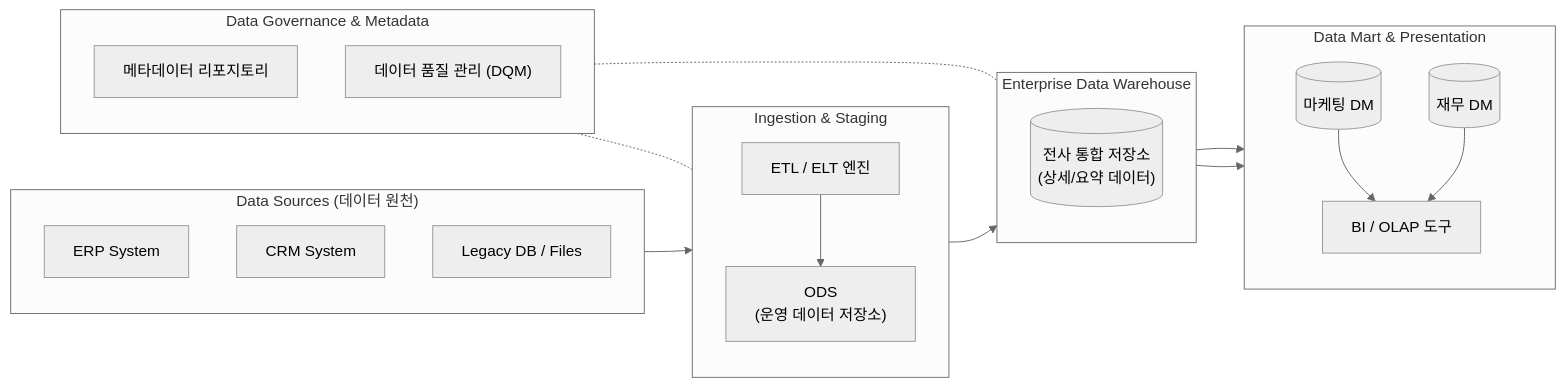
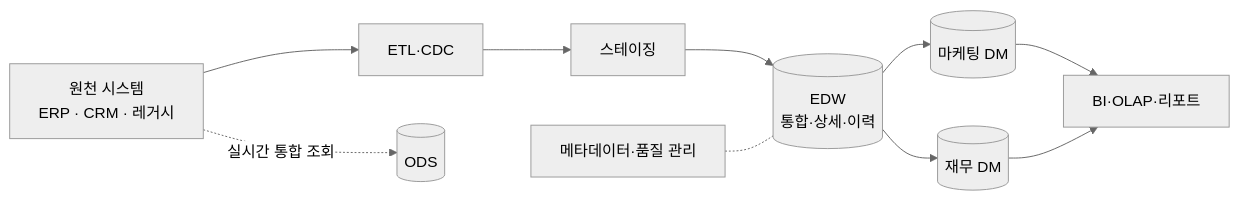
Before and after one commit to supremethumb/supremethumb.github.io: the diagram in content/01_IT Tech/EDW.md, drawn with Mermaid (neutral theme). The commit also changed other lines of this file and 1087 other files, not shown here.

````diff
--- a/content/01_IT Tech/EDW.md
+++ b/content/01_IT Tech/EDW.md
@@ -32,43 +36,11 @@
 ```mermaid
 flowchart LR
-    subgraph Source["Data Sources (데이터 원천)"]
-        direction TB
-        ERP["ERP System"]
-        CRM["CRM System"]
-        Legacy["Legacy DB / Files"]
-    end
-    
-    subgraph Staging["Ingestion & Staging"]
-        direction TB
-        ETL["ETL / ELT 엔진"]
-        ODS["ODS<br/>(운영 데이터 저장소)"]
-        ETL --> ODS
-    end
-    
-    subgraph EDW_Layer["Enterprise Data Warehouse"]
-        direction TB
-        DB[("전사 통합 저장소<br/>(상세/요약 데이터)")]
-    end
-    
-    subgraph Access["Data Mart & Presentation"]
-        direction TB
-        DM1[("마케팅 DM")]
-        DM2[("재무 DM")]
-        BI["BI / OLAP 도구"]
-        DM1 --> BI
-        DM2 --> BI
-    end
-    
-    Source --> ETL
-    ODS --> DB
-    DB --> DM1 & DM2
-    
-    subgraph Gov["Data Governance & Metadata"]
-        Meta["메타데이터 리포지토리"]
-        DQM["데이터 품질 관리 (DQM)"]
-    end
-    
-    Gov -.- Staging
-    Gov -.- EDW_Layer
-
+    S["원천 시스템<br/>ERP · CRM · 레거시"] --> E["ETL·CDC"]
+    E --> ST["스테이징"]
+    ST --> W[("EDW<br/>통합·상세·이력")]
+    S -.->|"실시간 통합 조회"| O[("ODS")]
+    W --> M1[("마케팅 DM")]
+    W --> M2[("재무 DM")]
+    M1 & M2 --> B["BI·OLAP·리포트"]
+    G["메타데이터·품질 관리"] -.- W
 ```
````
